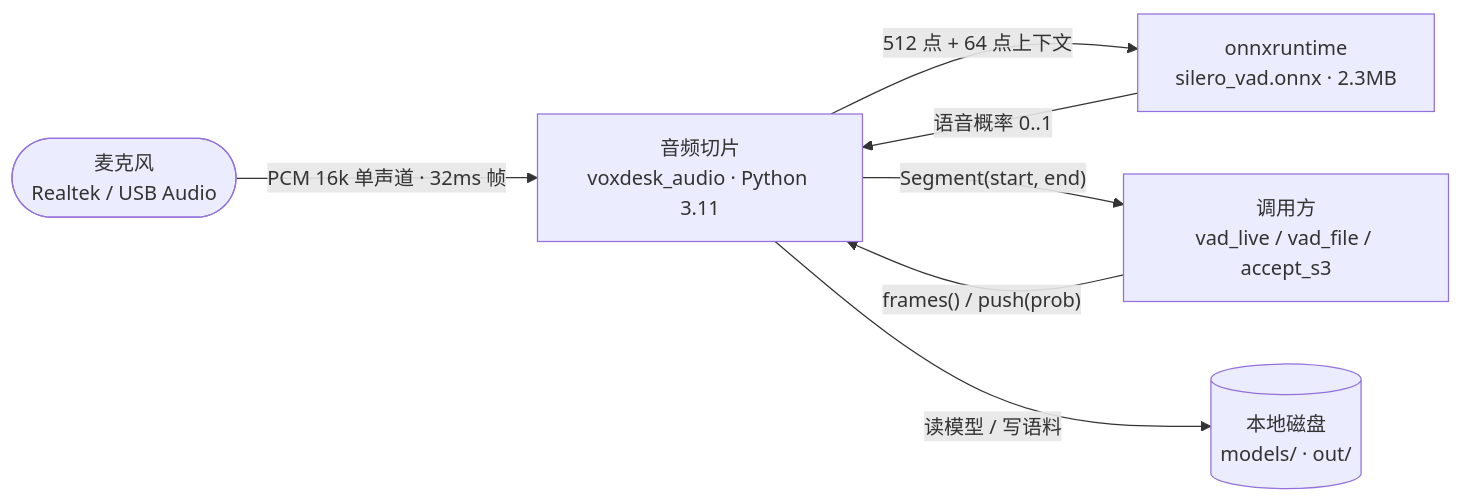
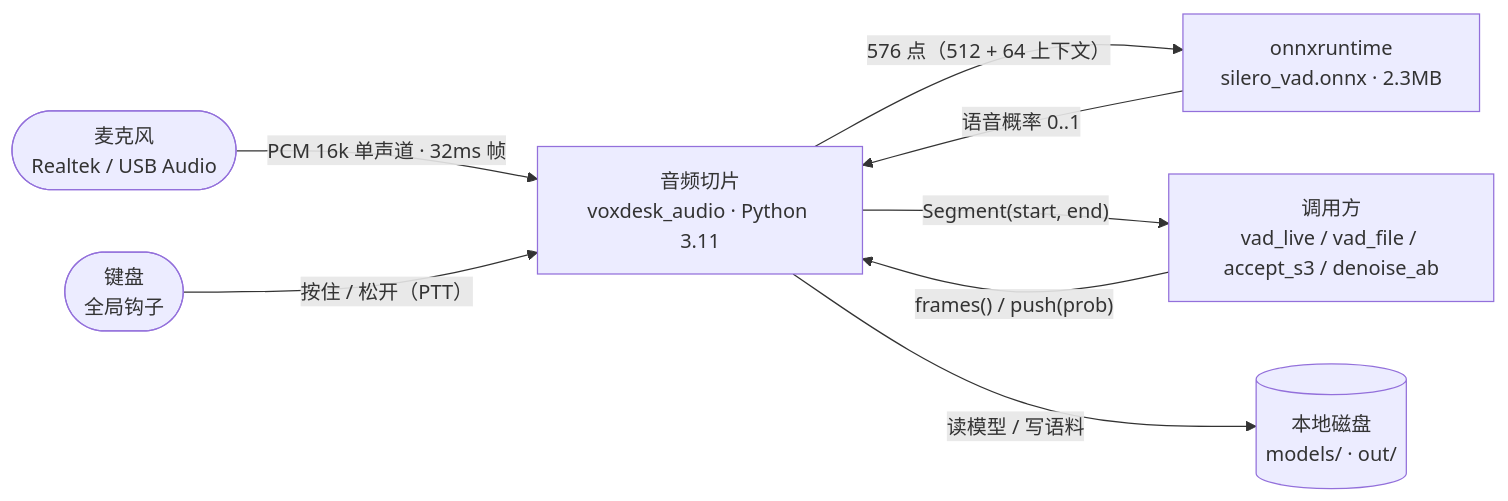
One commit to DongyueHAN/VoxDesk changed the first of 3 diagrams in audio/README.md. Above: the diagram before and after it, drawn with Mermaid. The commit also changed other lines of this file and 10 other files, not shown here.

````diff
--- a/audio/README.md
+++ b/audio/README.md
@@ -17,16 +17,18 @@
 ```mermaid
 %% diagram: AUD-L1 音频切片上下文（已实现） | updated: 2026-11-05
 flowchart LR
     MIC(["麦克风<br/>Realtek / USB Audio"])
+    KBD(["键盘<br/>全局钩子"])
     AUD["音频切片<br/>voxdesk_audio · Python 3.11"]
     ORT["onnxruntime<br/>silero_vad.onnx · 2.3MB"]
-    CALLER["调用方<br/>vad_live / vad_file / accept_s3"]
+    CALLER["调用方<br/>vad_live / vad_file / accept_s3 / denoise_ab"]
     DISK[("本地磁盘<br/>models/ · out/")]
 
     MIC -->|"PCM 16k 单声道 · 32ms 帧"| AUD
+    KBD -->|"按住 / 松开（PTT）"| AUD
     CALLER -->|"frames() / push(prob)"| AUD
-    AUD -->|"512 点 + 64 点上下文"| ORT
+    AUD -->|"576 点（512 + 64 上下文）"| ORT
     ORT -->|"语音概率 0..1"| AUD
     AUD -->|"Segment(start, end)"| CALLER
     AUD -->|"读模型 / 写语料"| DISK
 ```
````
